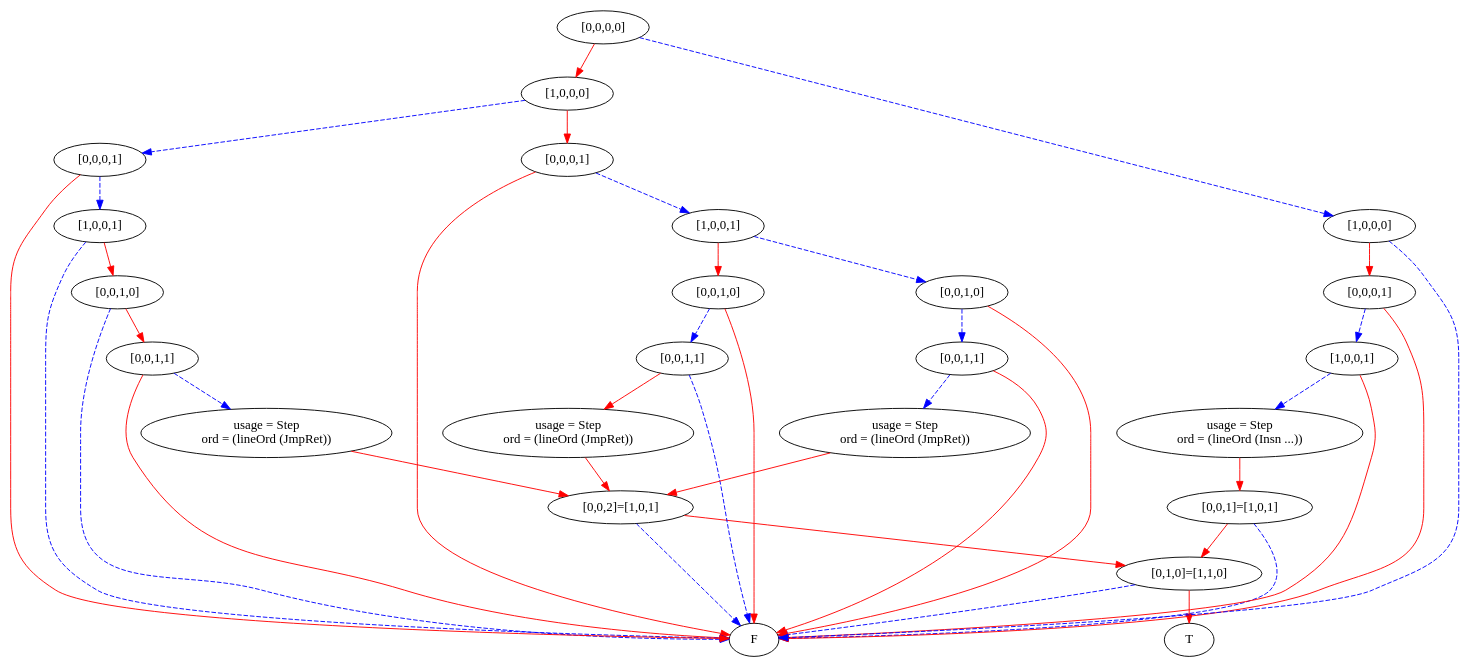
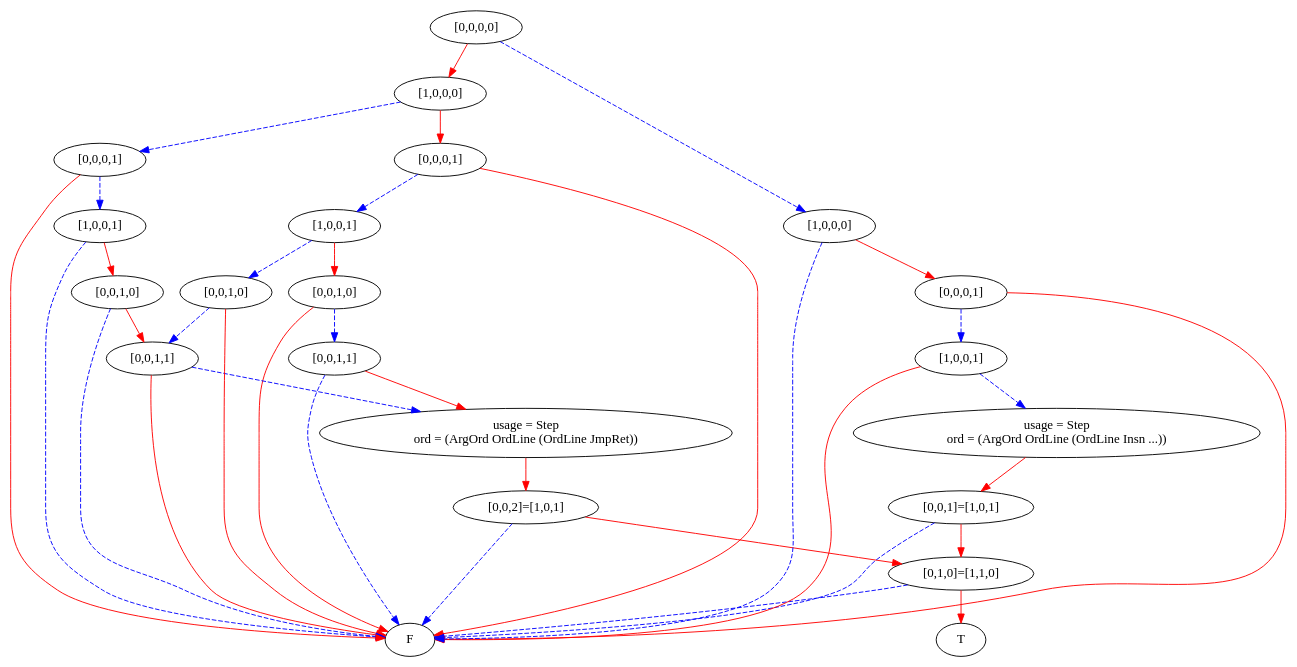
Before and after one commit to mburyakov/minxmod: the diagram in simpleProgram2.dot, drawn with Graphviz. The commit also changed 9 other files, not shown here.

```diff
--- a/simpleProgram2.dot
+++ b/simpleProgram2.dot
@@ -1,84 +1,76 @@
 digraph {
     1 [label=F];
     2 [label=T];
     3 [label="[0,1,0]=[1,1,0]"];
     4 [label="[0,0,2]=[1,0,1]"];
-    5 [label="usage = Step\nord = (lineOrd (JmpRet))"];
+    5 [label="usage = Step\nord = (ArgOrd OrdLine (OrdLine JmpRet))"];
     6 [label="[0,0,1,1]"];
     7 [label="[0,0,1,0]"];
-    8 [label="usage = Step\nord = (lineOrd (JmpRet))"];
-    9 [label="[0,0,1,1]"];
-    10 [label="[0,0,1,0]"];
-    11 [label="[1,0,0,1]"];
-    12 [label="[0,0,0,1]"];
-    13 [label="usage = Step\nord = (lineOrd (JmpRet))"];
-    14 [label="[0,0,1,1]"];
-    15 [label="[0,0,1,0]"];
-    16 [label="[1,0,0,1]"];
-    17 [label="[0,0,0,1]"];
-    18 [label="[1,0,0,0]"];
-    19 [label="[0,0,1]=[1,0,1]"];
-    20 [label="usage = Step\nord = (lineOrd (Insn ...))"];
-    21 [label="[1,0,0,1]"];
-    22 [label="[0,0,0,1]"];
-    23 [label="[1,0,0,0]"];
-    24 [label="[0,0,0,0]"];
+    8 [label="[0,0,1,1]"];
+    9 [label="[0,0,1,0]"];
+    10 [label="[1,0,0,1]"];
+    11 [label="[0,0,0,1]"];
+    12 [label="[0,0,1,0]"];
+    13 [label="[1,0,0,1]"];
+    14 [label="[0,0,0,1]"];
+    15 [label="[1,0,0,0]"];
+    16 [label="[0,0,1]=[1,0,1]"];
+    17 [label="usage = Step\nord = (ArgOrd OrdLine (OrdLine Insn ...))"];
+    18 [label="[1,0,0,1]"];
+    19 [label="[0,0,0,1]"];
+    20 [label="[1,0,0,0]"];
+    21 [label="[0,0,0,0]"];
     3 -> 1 [style=dashed
            ,color=blue];
     3 -> 2 [color=red];
     4 -> 3 [color=red];
     4 -> 1 [style=dashed
            ,color=blue];
     5 -> 4 [color=red];
     6 -> 5 [color=red];
     6 -> 1 [style=dashed
            ,color=blue];
     7 -> 6 [style=dashed
            ,color=blue];
     7 -> 1 [color=red];
-    8 -> 4 [color=red];
+    8 -> 5 [style=dashed
+           ,color=blue];
+    8 -> 1 [color=red];
     9 -> 8 [style=dashed
            ,color=blue];
     9 -> 1 [color=red];
+    10 -> 7 [color=red];
     10 -> 9 [style=dashed
             ,color=blue];
-    10 -> 1 [color=red];
-    11 -> 7 [color=red];
     11 -> 10 [style=dashed
              ,color=blue];
-    12 -> 11 [style=dashed
-             ,color=blue];
-    12 -> 1 [color=red];
-    13 -> 4 [color=red];
+    11 -> 1 [color=red];
+    12 -> 8 [color=red];
+    12 -> 1 [style=dashed
+            ,color=blue];
+    13 -> 12 [color=red];
+    13 -> 1 [style=dashed
+            ,color=blue];
     14 -> 13 [style=dashed
              ,color=blue];
     14 -> 1 [color=red];
-    15 -> 14 [color=red];
-    15 -> 1 [style=dashed
-            ,color=blue];
-    16 -> 15 [color=red];
+    15 -> 11 [color=red];
+    15 -> 14 [style=dashed
+             ,color=blue];
+    16 -> 3 [color=red];
     16 -> 1 [style=dashed
             ,color=blue];
-    17 -> 16 [style=dashed
-             ,color=blue];
-    17 -> 1 [color=red];
-    18 -> 12 [color=red];
+    17 -> 16 [color=red];
     18 -> 17 [style=dashed
              ,color=blue];
-    19 -> 3 [color=red];
-    19 -> 1 [style=dashed
+    18 -> 1 [color=red];
+    19 -> 18 [style=dashed
+             ,color=blue];
+    19 -> 1 [color=red];
+    20 -> 19 [color=red];
+    20 -> 1 [style=dashed
             ,color=blue];
-    20 -> 19 [color=red];
+    21 -> 15 [color=red];
     21 -> 20 [style=dashed
              ,color=blue];
-    21 -> 1 [color=red];
-    22 -> 21 [style=dashed
-             ,color=blue];
-    22 -> 1 [color=red];
-    23 -> 22 [color=red];
-    23 -> 1 [style=dashed
-            ,color=blue];
-    24 -> 18 [color=red];
-    24 -> 23 [style=dashed
-             ,color=blue];
 }
```
